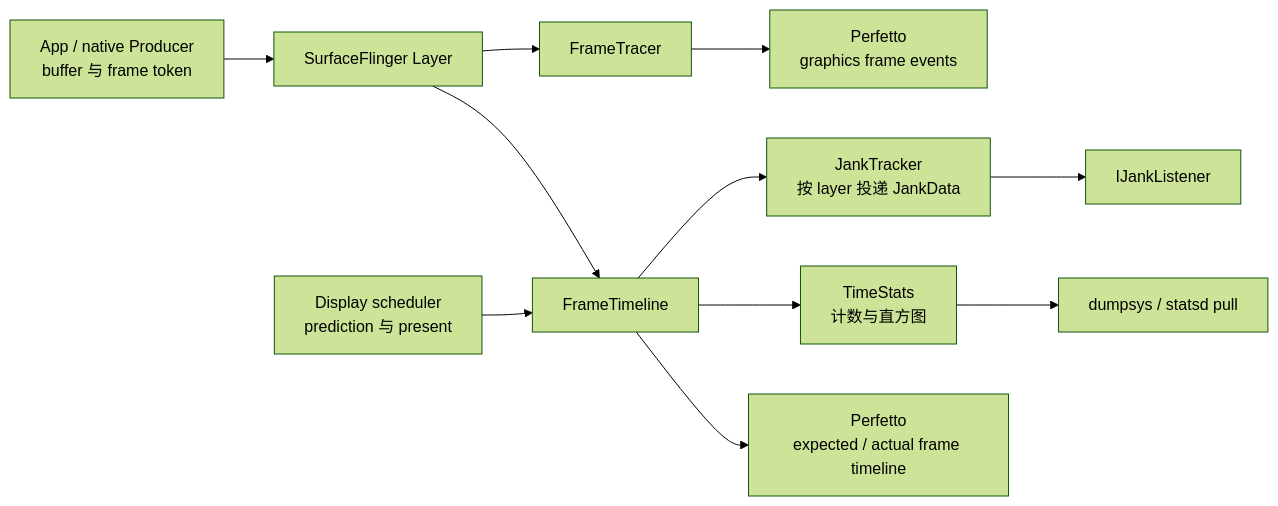
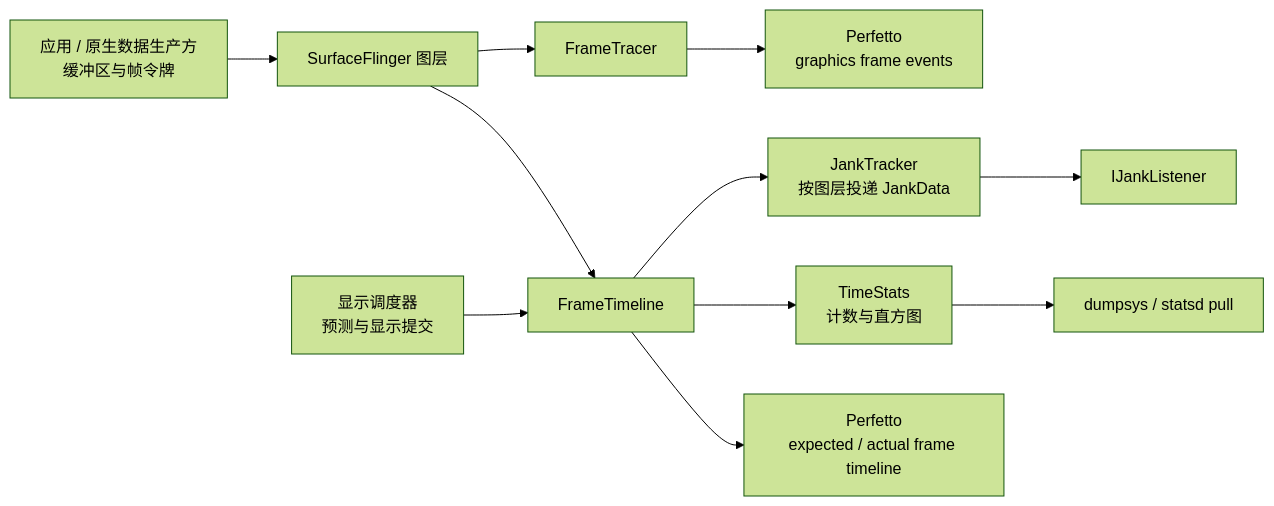
One commit to Gracker/android-internals-wiki changed the diagram in src/part1-fundamentals/ch02-rendering/2.52-android17-gpu-debug-performance-tools.md. Above: the diagram before and after it, drawn with Mermaid (forest theme). The commit also changed other lines of this file and 4 other files, not shown here.

````diff
--- a/src/part1-fundamentals/ch02-rendering/2.52-android17-gpu-debug-performance-tools.md
+++ b/src/part1-fundamentals/ch02-rendering/2.52-android17-gpu-debug-performance-tools.md
@@ -67,13 +67,13 @@
 ```mermaid
 flowchart LR
-    A["App / native Producer<br/>buffer 与 frame token"] --> L["SurfaceFlinger Layer"]
-    D["Display scheduler<br/>prediction 与 present"] --> FT["FrameTimeline"]
+    A["应用 / 原生数据生产方<br/>缓冲区与帧令牌"] --> L["SurfaceFlinger 图层"]
+    D["显示调度器<br/>预测与显示提交"] --> FT["FrameTimeline"]
     L --> FT
     L --> FR["FrameTracer"]
     FT --> P1["Perfetto<br/>expected / actual frame timeline"]
     FR --> P2["Perfetto<br/>graphics frame events"]
     FT --> TS["TimeStats<br/>计数与直方图"]
-    FT --> JT["JankTracker<br/>按 layer 投递 JankData"]
+    FT --> JT["JankTracker<br/>按图层投递 JankData"]
     TS --> DS["dumpsys / statsd pull"]
     JT --> JL["IJankListener"]
 ```
````
